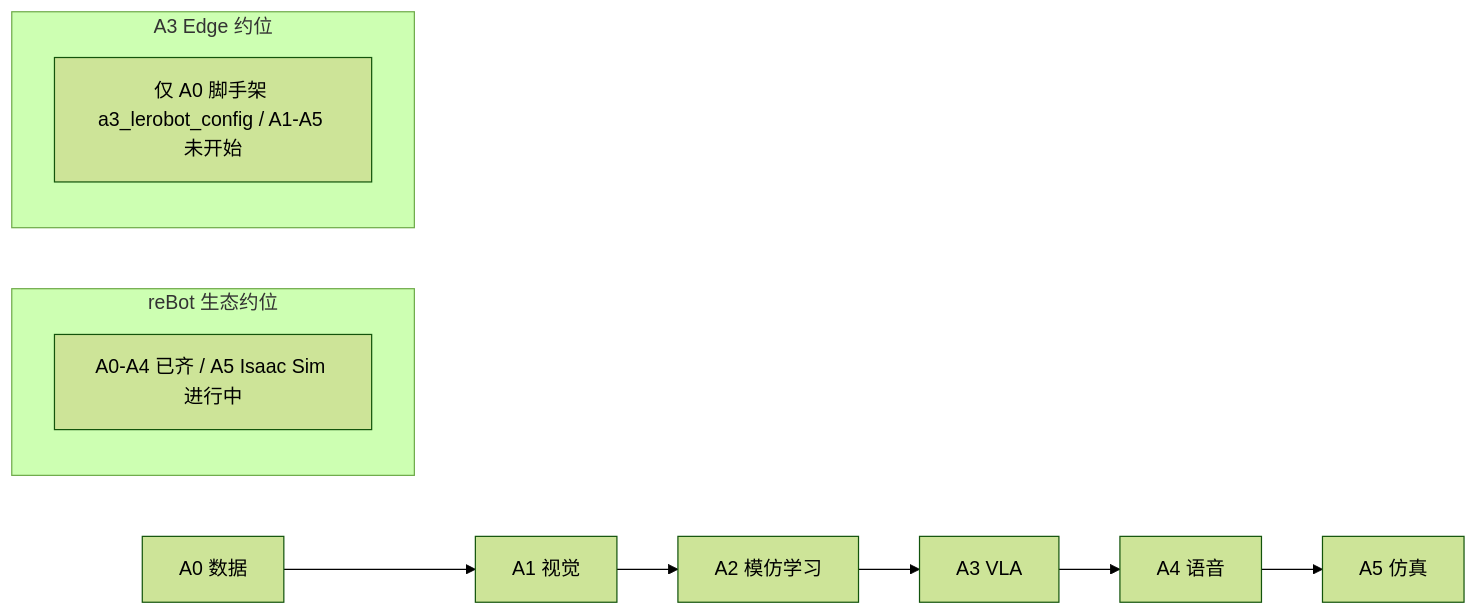
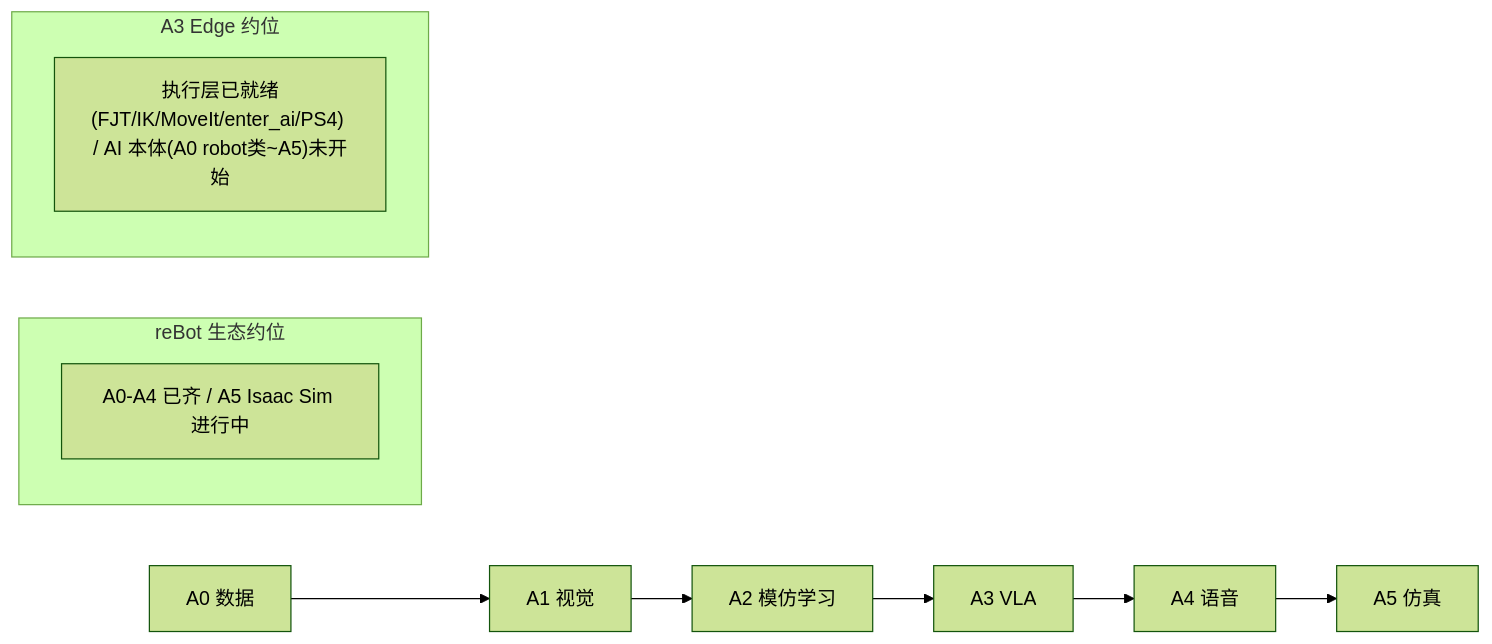
Before and after one commit to deep-diary/a3_arm_ws: the third of 4 diagrams in docs/shared/AI_ROADMAP.md, drawn with Mermaid (forest theme). The commit also changed other lines of this file and 20 other files, not shown here.

````diff
--- a/docs/shared/AI_ROADMAP.md
+++ b/docs/shared/AI_ROADMAP.md
@@ -173,13 +247,13 @@
 ```mermaid
 flowchart LR
     A0[A0 数据] --> A1[A1 视觉] --> A2[A2 模仿学习]
     A2 --> A3[A3 VLA] --> A4[A4 语音] --> A5[A5 仿真]
 
     subgraph rebotPos [reBot 生态约位]
         R["A0-A4 已齐 / A5 Isaac Sim 进行中"]
     end
 
     subgraph a3Pos [A3 Edge 约位]
-        A["仅 A0 脚手架 a3_lerobot_config / A1-A5 未开始"]
+        A["执行层已就绪(FJT/IK/MoveIt/enter_ai/PS4) / AI 本体(A0 robot类~A5)未开始"]
     end
 ```
````
